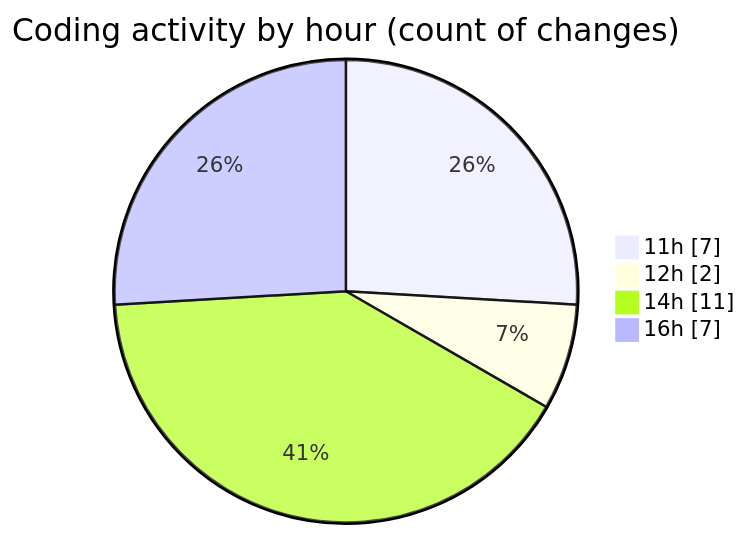
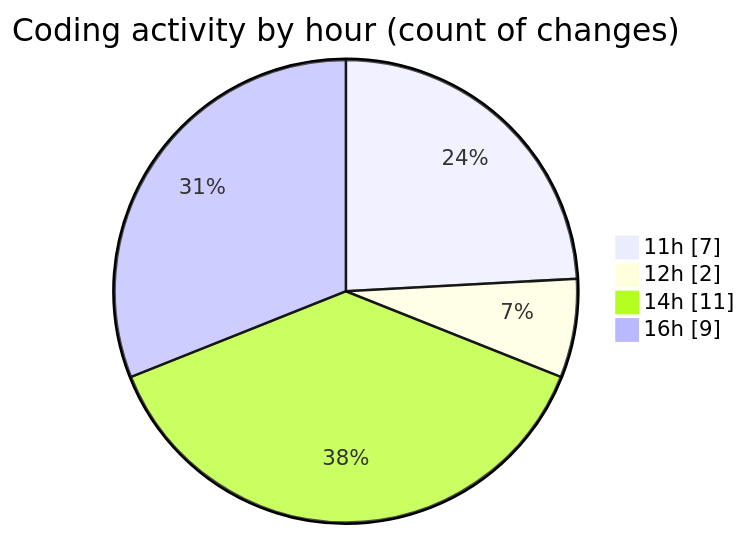
The second of 2 diagrams in 2025-09-26/untitled__workspace_/README.md (debugP/code-tracking), drawn with Mermaid before and after one commit. The commit also changed other lines of this file and 1 other file, not shown here.

````diff
--- a/2025-09-26/untitled__workspace_/README.md
+++ b/2025-09-26/untitled__workspace_/README.md
@@ -34,8 +34,8 @@
 ```mermaid
 pie showData
 title Coding activity by hour (count of changes)
 "11h" : 7
 "12h" : 2
 "14h" : 11
-"16h" : 7
+"16h" : 9
 ```
````
